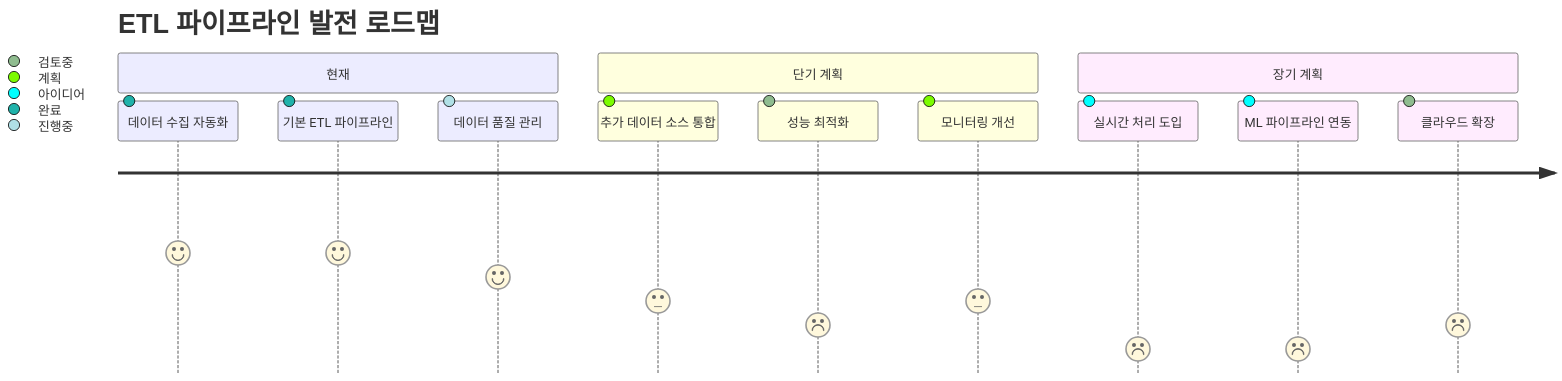
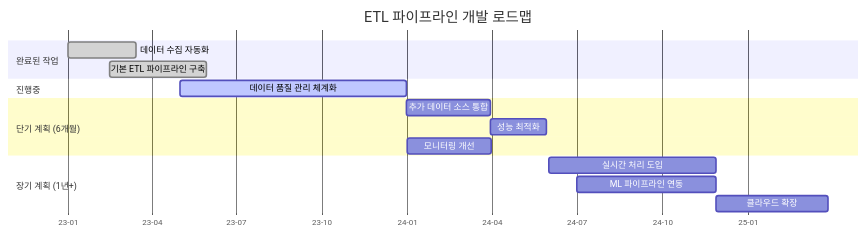
One commit to yeokyeong-yoon/yeokyeong-yoon.github.io changed the fifth of 5 diagrams in _posts/2025-03-18-etl-pipeline.md. Above: the diagram before and after it, drawn with Mermaid. The commit also changed other lines of this file, not shown here.

Commit message:
Replace journey diagrams with Flow/Gantt chart

```diff
--- a/_posts/2025-03-18-etl-pipeline.md
+++ b/_posts/2025-03-18-etl-pipeline.md
@@ -288,16 +304,23 @@
 <div class="mermaid">
-journey
-    title ETL 파이프라인 발전 로드맵
-    section 현재
-        데이터 수집 자동화: 5: 완료
-        기본 ETL 파이프라인: 5: 완료
-        데이터 품질 관리: 4: 진행중
-    section 단기 계획
-        추가 데이터 소스 통합: 3: 계획
-        성능 최적화: 2: 검토중
-        모니터링 개선: 3: 계획
-    section 장기 계획
-        실시간 처리 도입: 1: 아이디어
-        ML 파이프라인 연동: 1: 아이디어
-        클라우드 확장: 2: 검토중
+gantt
+    title ETL 파이프라인 개발 로드맵
+    dateFormat  YYYY-MM-DD
+    axisFormat %y-%m
+    
+    section 완료된 작업
+    데이터 수집 자동화      :done, task1, 2023-01-01, 2023-03-15
+    기본 ETL 파이프라인 구축 :done, task2, 2023-02-15, 2023-05-30
+    
+    section 진행중
+    데이터 품질 관리 체계화  :active, task3, 2023-05-01, 2023-12-31
+    
+    section 단기 계획 (6개월)
+    추가 데이터 소스 통합    :task4, after task3, 90d
+    성능 최적화            :task5, after task4, 60d
+    모니터링 개선           :task6, 2024-01-01, 90d
+    
+    section 장기 계획 (1년+)
+    실시간 처리 도입        :task7, 2024-06-01, 180d
+    ML 파이프라인 연동      :task8, 2024-07-01, 150d
+    클라우드 확장          :task9, after task8, 120d
 </div>
```
